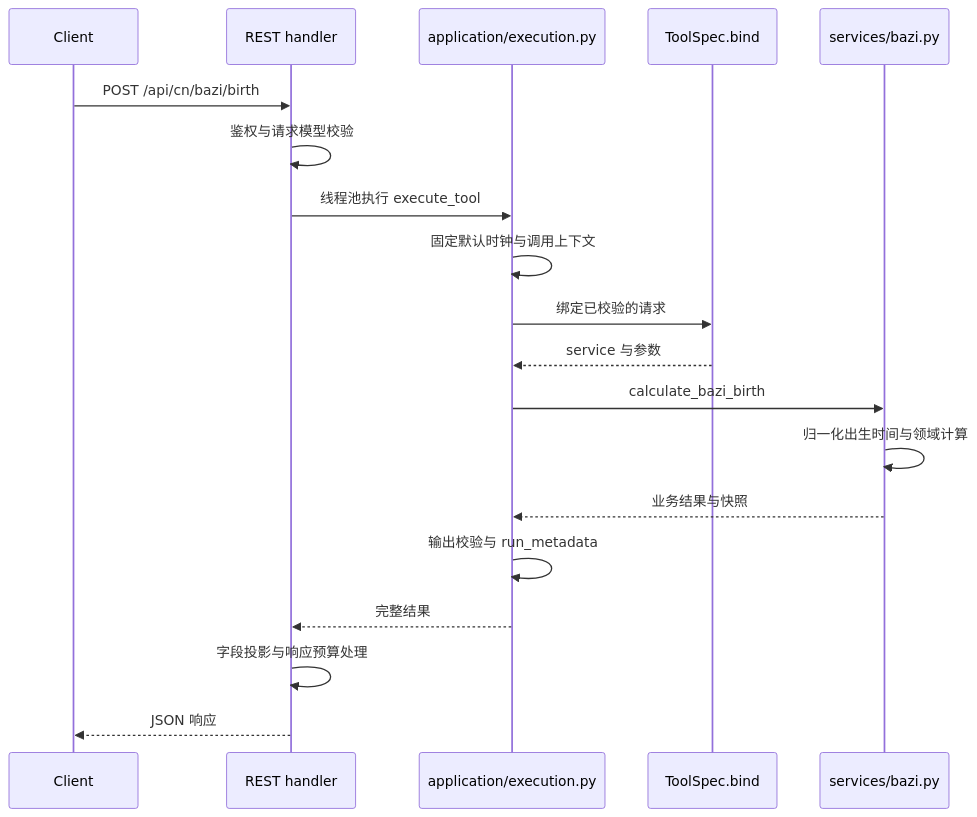
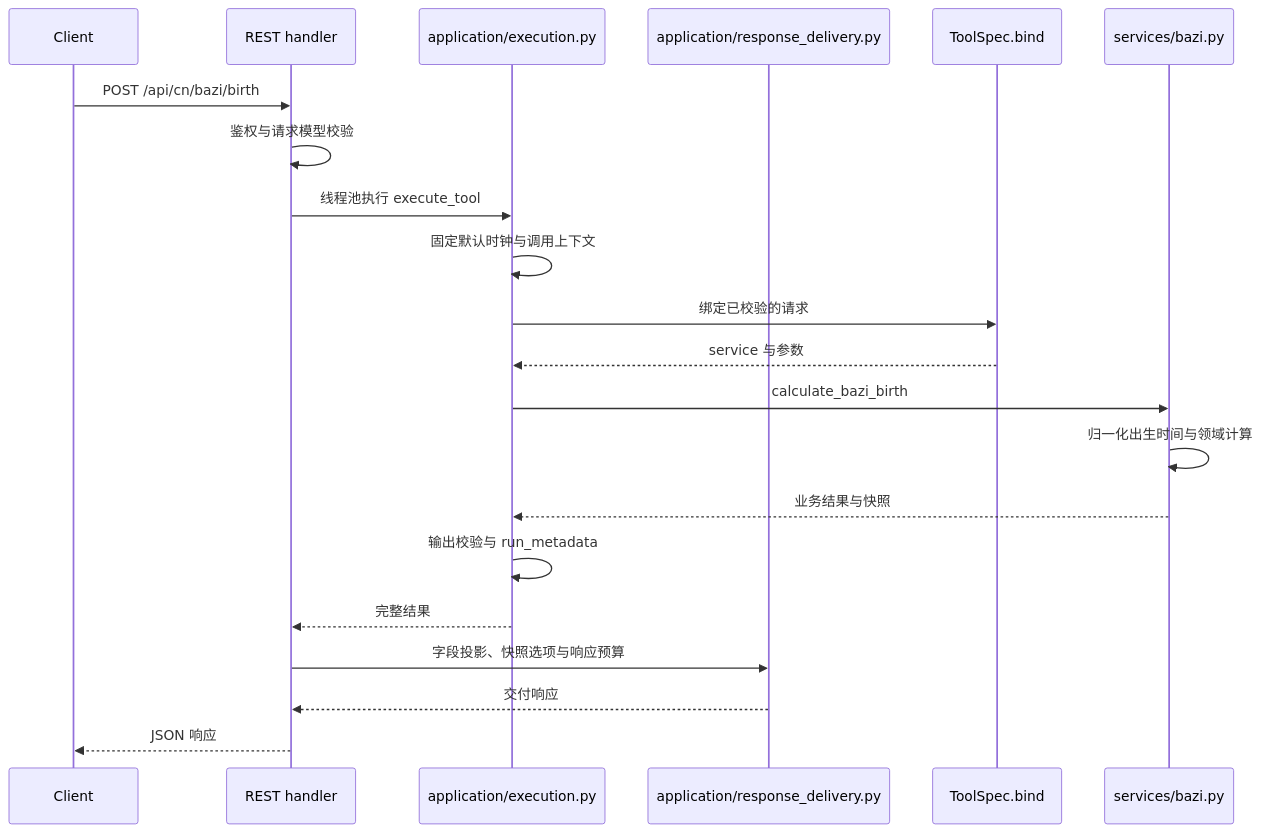
One commit to thomas-yanxin/FateBridge changed the second of 2 diagrams in docs/architecture.md. Above: the diagram before and after it, drawn with Mermaid. The commit also changed other lines of this file and 464 other files, not shown here.

````diff
--- a/docs/architecture.md
+++ b/docs/architecture.md
@@ -70,21 +70,23 @@
 ```mermaid
 sequenceDiagram
     participant C as Client
     participant R as REST handler
     participant E as application/execution.py
+    participant D as application/response_delivery.py
     participant B as ToolSpec.bind
     participant S as services/bazi.py
     C->>R: POST /api/cn/bazi/birth
     R->>R: 鉴权与请求模型校验
     R->>E: 线程池执行 execute_tool
     E->>E: 固定默认时钟与调用上下文
     E->>B: 绑定已校验的请求
     B-->>E: service 与参数
     E->>S: calculate_bazi_birth
     S->>S: 归一化出生时间与领域计算
     S-->>E: 业务结果与快照
     E->>E: 输出校验与 run_metadata
     E-->>R: 完整结果
-    R->>R: 字段投影与响应预算处理
+    R->>D: 字段投影、快照选项与响应预算
+    D-->>R: 交付响应
     R-->>C: JSON 响应
 ```
````
